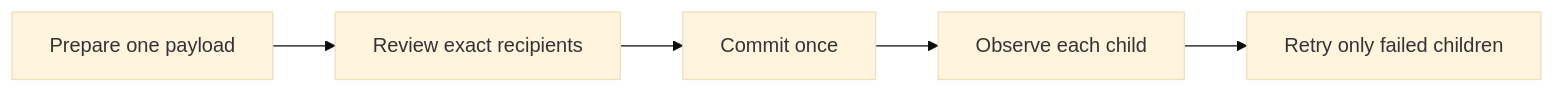
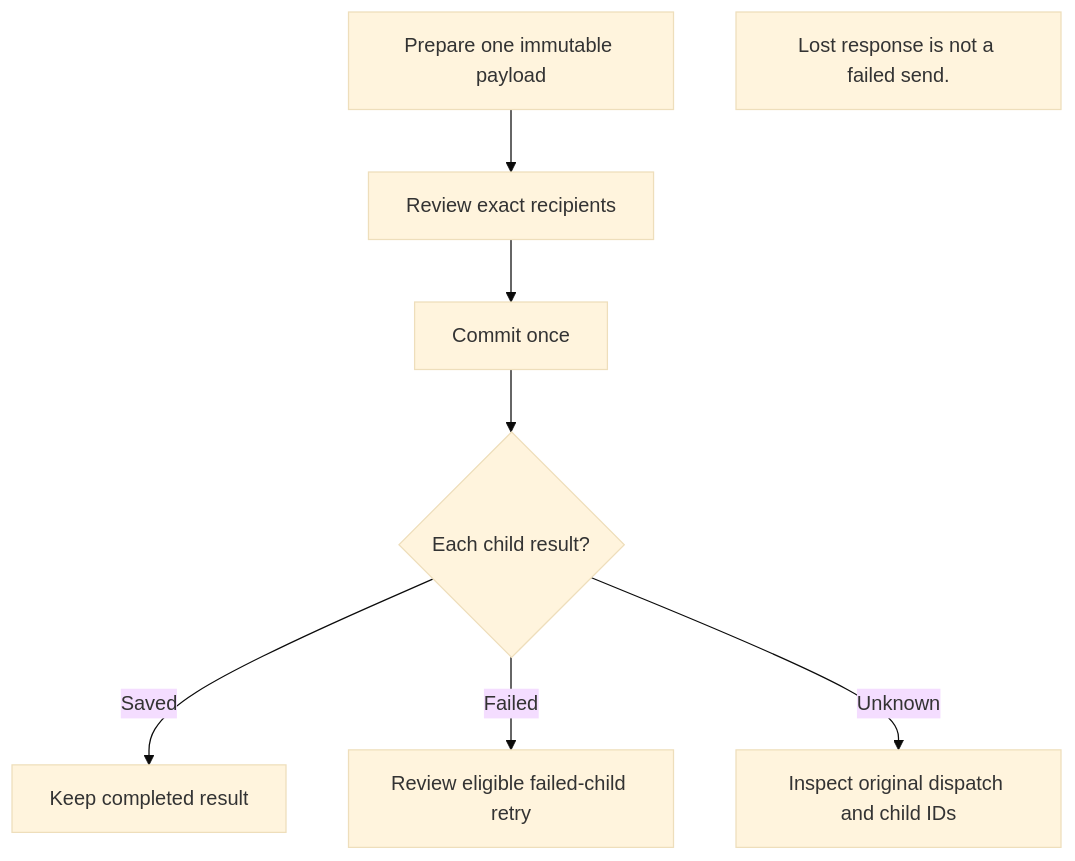
One commit to webkaz-labs/sobalink changed the diagram in docs/BATCH_SEND_ACCEPTANCE.en.md. Above: the diagram before and after it, drawn with Mermaid (base theme). The commit also changed 238 other files, not shown here.

First line of the commit message:
docs: explain workflows with distinct diagrams and real screen examples (#60)

````diff
--- a/docs/BATCH_SEND_ACCEPTANCE.en.md
+++ b/docs/BATCH_SEND_ACCEPTANCE.en.md
@@ -19,7 +19,13 @@
 ```mermaid
-flowchart LR
-    A[Prepare one payload] --> B[Review exact recipients]
-    B --> C[Commit once]
-    C --> D[Observe each child]
-    D --> E[Retry only failed children]
+flowchart TD
+ accTitle: One dispatch, separate child evidence
+ accDescr: Lost response is not a failed send.
+ A["Prepare one immutable payload"] --> B["Review exact recipients"]
+ B --> C["Commit once"]
+ C --> D{"Each child result?"}
+ D -->|Saved| E["Keep completed result"]
+ D -->|Failed| F["Review eligible failed-child retry"]
+ D -->|Unknown| G["Inspect original dispatch and child IDs"]
+
+ LIMIT["Lost response is not a failed send."]
 ```
````
